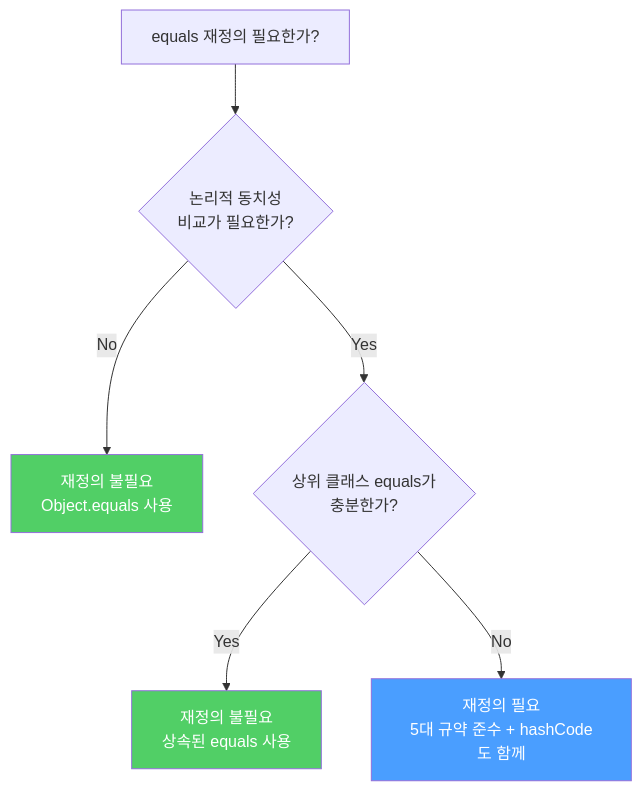
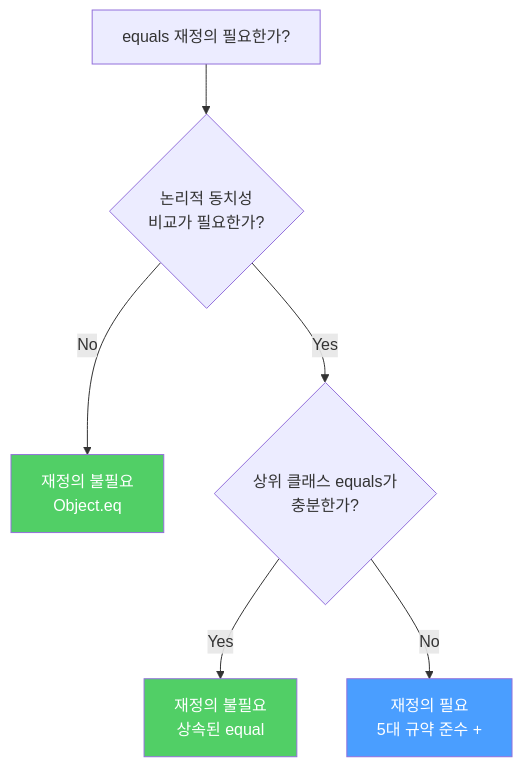
Before and after one commit to yjkim2015/yjkim2015.github.io: the fourth of 4 diagrams in _posts/java/2021-12-22-effective-java10.md, drawn with Mermaid. The commit also changed other lines of this file and 271 other files, not shown here.

First line of the commit message:
Mermaid 라벨 축소: 긴 노드 텍스트 18자 이하로 트림 + \n 제거

````diff
--- a/_posts/java/2021-12-22-effective-java10.md
+++ b/_posts/java/2021-12-22-effective-java10.md
@@ -270,11 +270,11 @@
 ```mermaid
 graph TD
     A["equals 재정의 필요한가?"] --> B{"논리적 동치성\n비교가 필요한가?"}
-    B -->|"No"| C["재정의 불필요\nObject.equals 사용"]
+    B -->|"No"| C["재정의 불필요\nObject.eq"]
     B -->|"Yes"| D{"상위 클래스 equals가\n충분한가?"}
-    D -->|"Yes"| E["재정의 불필요\n상속된 equals 사용"]
-    D -->|"No"| F["재정의 필요\n5대 규약 준수 + hashCode도 함께"]
+    D -->|"Yes"| E["재정의 불필요\n상속된 equal"]
+    D -->|"No"| F["재정의 필요\n5대 규약 준수 +"]
     style C fill:#51cf66,color:#fff
     style E fill:#51cf66,color:#fff
     style F fill:#4a9eff,color:#fff
 ```
````
